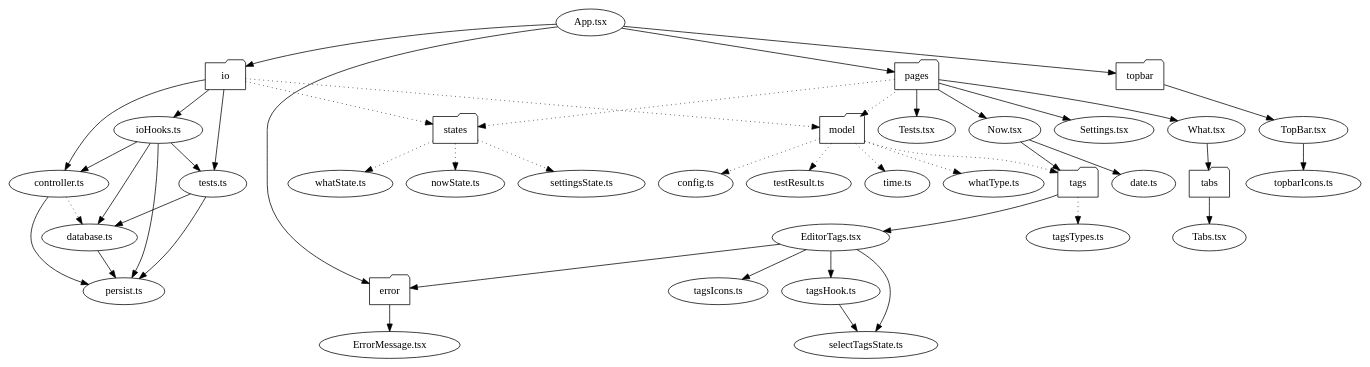
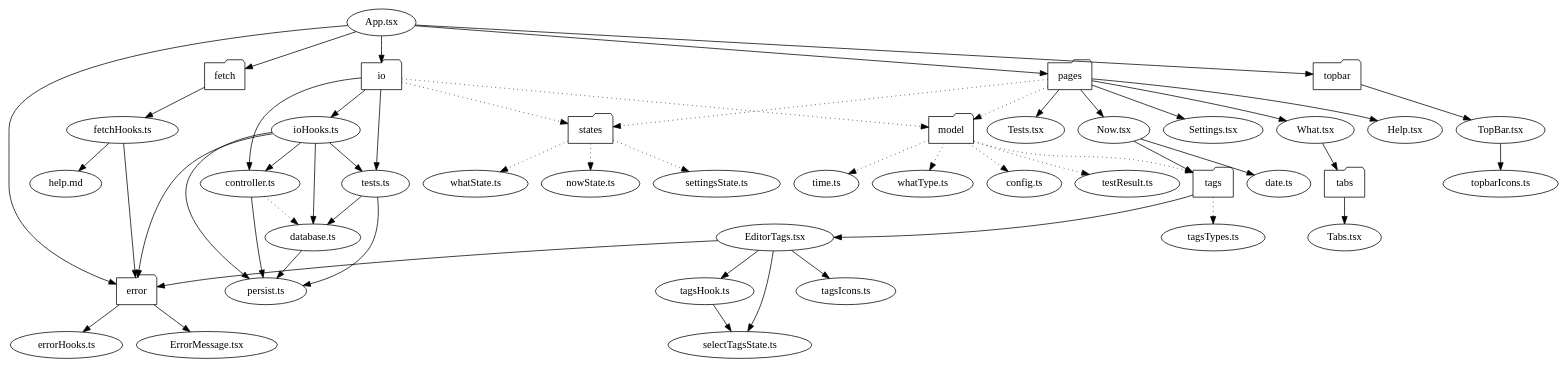
Before and after one commit to cwellsx/time: the diagram in dependencies/dependencies.dot, drawn with Graphviz. The commit also changed 13 other files, not shown here.

Commit message:
Fetch help.md for the Help page

```diff
--- a/dependencies/dependencies.dot
+++ b/dependencies/dependencies.dot
@@ -1,57 +1,64 @@
 digraph SRC {
-  "App.tsx" -> {"error" "io" "pages" "topbar"};
+  "App.tsx" -> {"error" "fetch" "io" "pages" "topbar"};
 
   "error" [shape=folder];
+  "fetch" [shape=folder];
   "io" [shape=folder];
   "model" [shape=folder];
   "pages" [shape=folder];
   "states" [shape=folder];
   "tabs" [shape=folder];
   "tags" [shape=folder];
   "topbar" [shape=folder];
   
-  "error" -> {"ErrorMessage.tsx"};
+  "error" -> {"ErrorMessage.tsx" "errorHooks.ts"};
   "ErrorMessage.tsx" -> {};
+  "errorHooks.ts" -> {};
+
+  "fetch" -> {"fetchHooks.ts"};
+  "fetchHooks.ts" -> {"error" "help.md"}
+  "help.md" -> {}
 
   "io" -> {"controller.ts" "ioHooks.ts" "tests.ts"};
   "io" -> {"model" "states"} [style=dotted];
   "controller.ts" -> {"persist.ts"};
   "controller.ts" -> {"database.ts"} [style=dotted];
   "database.ts" -> {"persist.ts"};
-  "ioHooks.ts" -> {"controller.ts" "database.ts" "persist.ts" "tests.ts"};
+  "ioHooks.ts" -> {"controller.ts" "database.ts" "persist.ts" "tests.ts" "error"};
   "tests.ts" -> {"database.ts" "persist.ts"};
   "persist.ts" -> {}
 
   "model" -> {"config.ts" "testResult.ts" "time.ts", "tags", "whatType.ts"} [style=dotted];
   "config.ts" -> {};
   "testResult.ts" -> {};
   "time.ts" -> {};
   "whatType.ts" -> {};
 
-  "pages" -> {"Now.tsx" "Settings.tsx" "What.tsx" "Tests.tsx"};
+  "pages" -> {"Now.tsx" "Settings.tsx" "What.tsx" "Help.tsx" "Tests.tsx"};
   "pages" -> {"model" "states"} [style=dotted];
   "date.ts" -> {};
   "Now.tsx" -> {"date.ts" "tags"};
   "Settings.tsx" -> {};
   "What.tsx" -> {"tabs"};
+  "Help.tsx" -> {};
   "Tests.tsx" -> {};
 
   "states" -> {"nowState.ts" "settingsState.ts" "whatState.ts"} [style=dotted];
   "nowState.ts" -> {};
   "settingsState.ts" -> {};
   "whatState.ts" -> {};
 
   "tabs" -> {"Tabs.tsx"};
   "Tabs.tsx" -> {};
 
   "tags" -> {"EditorTags.tsx"};
   "tags" -> {"tagsTypes.ts"} [style=dotted];
   "EditorTags.tsx" -> {"error" "selectTagsState.ts" "tagsHook.ts" "tagsIcons.ts"};
   "tagsHook.ts" -> {"selectTagsState.ts"};
   "tagsIcons.ts" -> {};
   "tagsTypes.ts" -> {};
 
   "topbar" -> {"TopBar.tsx"};
   "TopBar.tsx" -> {"topbarIcons.ts"};
   "topbarIcons.ts" -> {};
 }
```
